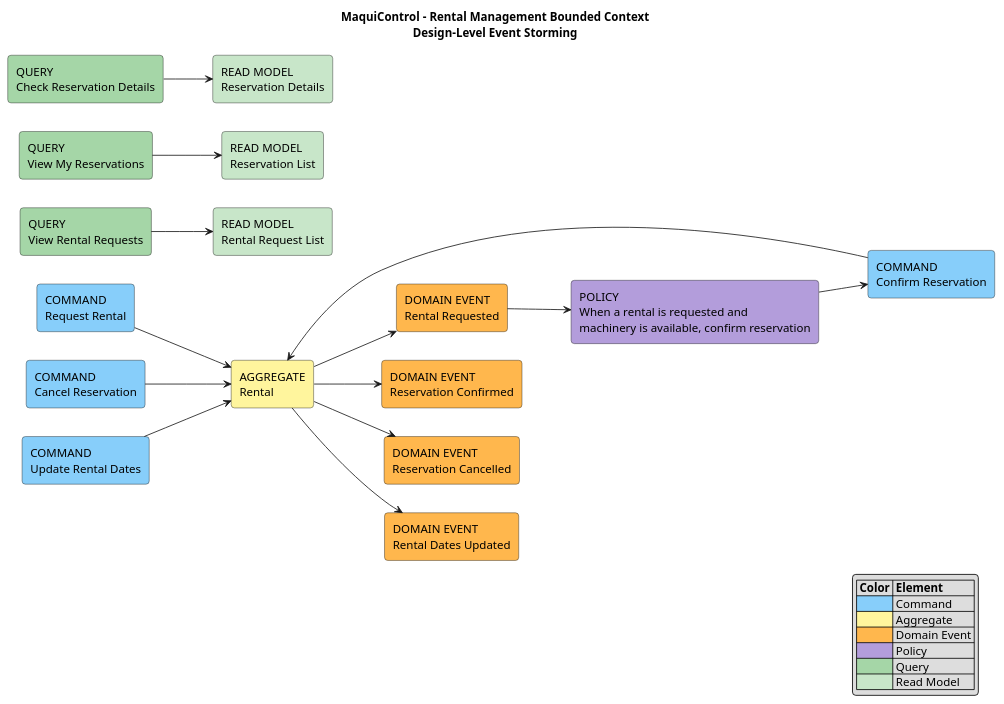
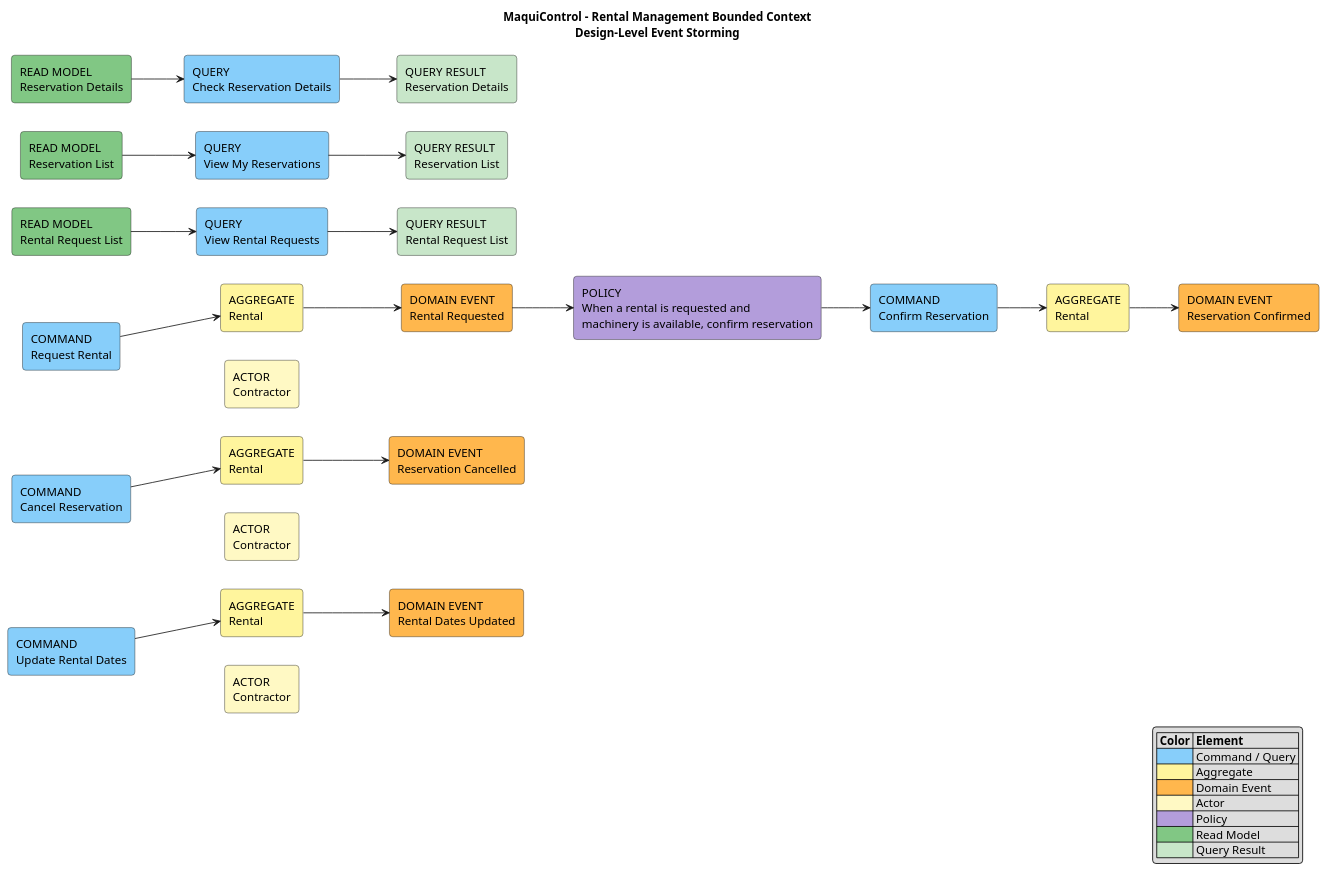
One commit to AndesHeavyTech/MaquiControl changed the diagram in docs/architecture/event-storming/rental-management-design-level.puml. Above: the diagram before and after it, drawn with PlantUML. The commit also changed 13 other files, not shown here.

```diff
--- a/docs/architecture/event-storming/rental-management-design-level.puml
+++ b/docs/architecture/event-storming/rental-management-design-level.puml
@@ -1,73 +1,88 @@
 @startuml
 title MaquiControl - Rental Management Bounded Context\nDesign-Level Event Storming
 
 left to right direction
 skinparam shadowing false
 skinparam roundcorner 8
 skinparam defaultFontName Arial
 
 ' =========================
 ' Styles
 ' =========================
 
 rectangle "COMMAND\nRequest Rental" as CMD_REQUEST #87CEFA
+rectangle "AGGREGATE\nRental" as AGG_REQUEST #FFF59D
+rectangle "ACTOR\nContractor" as ACT_REQUEST #FFF9C4
 rectangle "COMMAND\nConfirm Reservation" as CMD_CONFIRM #87CEFA
+rectangle "AGGREGATE\nRental" as AGG_CONFIRM #FFF59D
 rectangle "COMMAND\nCancel Reservation" as CMD_CANCEL #87CEFA
+rectangle "AGGREGATE\nRental" as AGG_CANCEL #FFF59D
+rectangle "ACTOR\nContractor" as ACT_CANCEL #FFF9C4
 rectangle "COMMAND\nUpdate Rental Dates" as CMD_UPDATE_DATES #87CEFA
-
-rectangle "AGGREGATE\nRental" as AGG_RENTAL #FFF59D
+rectangle "AGGREGATE\nRental" as AGG_UPDATE_DATES #FFF59D
+rectangle "ACTOR\nContractor" as ACT_UPDATE_DATES #FFF9C4
 
 rectangle "DOMAIN EVENT\nRental Requested" as EVT_REQUESTED #FFB74D
 rectangle "DOMAIN EVENT\nReservation Confirmed" as EVT_CONFIRMED #FFB74D
 rectangle "DOMAIN EVENT\nReservation Cancelled" as EVT_CANCELLED #FFB74D
 rectangle "DOMAIN EVENT\nRental Dates Updated" as EVT_DATES_UPDATED #FFB74D
 
 rectangle "POLICY\nWhen a rental is requested and\nmachinery is available, confirm reservation" as POL_CONFIRM_AVAILABLE #B39DDB
 
-rectangle "QUERY\nView Rental Requests" as QUERY_REQUESTS #A5D6A7
-rectangle "READ MODEL\nRental Request List" as READ_REQUESTS #C8E6C9
+rectangle "READ MODEL\nRental Request List" as READ_REQUESTS #81C784
+rectangle "QUERY\nView Rental Requests" as QUERY_REQUESTS #87CEFA
+rectangle "QUERY RESULT\nRental Request List" as RESULT_REQUESTS #C8E6C9
 
-rectangle "QUERY\nView My Reservations" as QUERY_RESERVATIONS #A5D6A7
-rectangle "READ MODEL\nReservation List" as READ_RESERVATIONS #C8E6C9
+rectangle "READ MODEL\nReservation List" as READ_RESERVATIONS #81C784
+rectangle "QUERY\nView My Reservations" as QUERY_RESERVATIONS #87CEFA
+rectangle "QUERY RESULT\nReservation List" as RESULT_RESERVATIONS #C8E6C9
 
-rectangle "QUERY\nCheck Reservation Details" as QUERY_DETAILS #A5D6A7
-rectangle "READ MODEL\nReservation Details" as READ_DETAILS #C8E6C9
+rectangle "READ MODEL\nReservation Details" as READ_DETAILS #81C784
+rectangle "QUERY\nCheck Reservation Details" as QUERY_DETAILS #87CEFA
+rectangle "QUERY RESULT\nReservation Details" as RESULT_DETAILS #C8E6C9
 
 ' =========================
 ' Commands -> Aggregate -> Events
 ' =========================
 
-CMD_REQUEST --> AGG_RENTAL
-AGG_RENTAL --> EVT_REQUESTED
+CMD_REQUEST --> AGG_REQUEST
+AGG_REQUEST --> EVT_REQUESTED
+ACT_REQUEST -[hidden]up-> CMD_REQUEST
 
-CMD_CONFIRM --> AGG_RENTAL
-AGG_RENTAL --> EVT_CONFIRMED
+CMD_CONFIRM --> AGG_CONFIRM
+AGG_CONFIRM --> EVT_CONFIRMED
 
-CMD_CANCEL --> AGG_RENTAL
-AGG_RENTAL --> EVT_CANCELLED
+CMD_CANCEL --> AGG_CANCEL
+AGG_CANCEL --> EVT_CANCELLED
+ACT_CANCEL -[hidden]up-> CMD_CANCEL
 
-CMD_UPDATE_DATES --> AGG_RENTAL
-AGG_RENTAL --> EVT_DATES_UPDATED
+CMD_UPDATE_DATES --> AGG_UPDATE_DATES
+AGG_UPDATE_DATES --> EVT_DATES_UPDATED
+ACT_UPDATE_DATES -[hidden]up-> CMD_UPDATE_DATES
 
 EVT_REQUESTED --> POL_CONFIRM_AVAILABLE
 POL_CONFIRM_AVAILABLE --> CMD_CONFIRM
 
 ' =========================
 ' Queries -> Read Models
 ' =========================
 
-QUERY_REQUESTS --> READ_REQUESTS
-QUERY_RESERVATIONS --> READ_RESERVATIONS
-QUERY_DETAILS --> READ_DETAILS
+READ_REQUESTS --> QUERY_REQUESTS
+QUERY_REQUESTS --> RESULT_REQUESTS
+READ_RESERVATIONS --> QUERY_RESERVATIONS
+QUERY_RESERVATIONS --> RESULT_RESERVATIONS
+READ_DETAILS --> QUERY_DETAILS
+QUERY_DETAILS --> RESULT_DETAILS
 
 legend right
 |= Color |= Element |
-|<#87CEFA>| Command |
+|<#87CEFA>| Command / Query |
 |<#FFF59D>| Aggregate |
 |<#FFB74D>| Domain Event |
+|<#FFF9C4>| Actor |
 |<#B39DDB>| Policy |
-|<#A5D6A7>| Query |
-|<#C8E6C9>| Read Model |
+|<#81C784>| Read Model |
+|<#C8E6C9>| Query Result |
 endlegend
 
 @enduml
```
